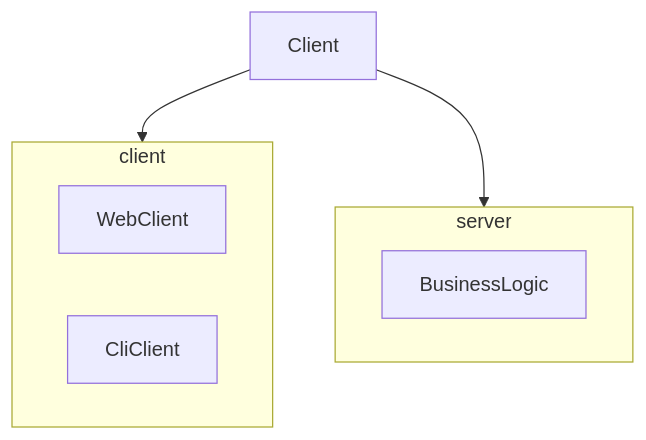
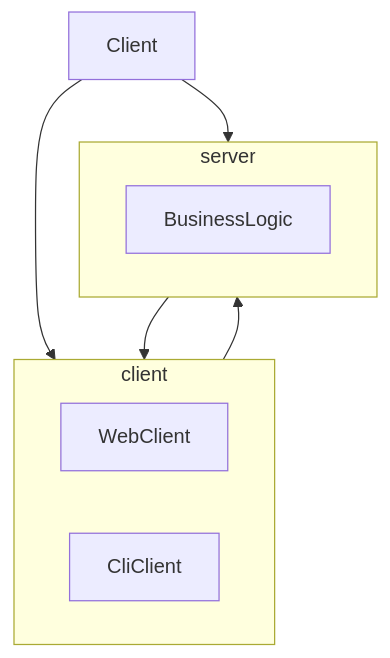
Before and after one commit to jaokim/inside-java-dumpster: the diagram in Client/readme.md, drawn with Mermaid.

````diff
--- a/Client/readme.md
+++ b/Client/readme.md
@@ -6,14 +6,16 @@
 ```mermaid
 flowchart TD
   Client --> client
   Client --> server
+  client --> server
+  server --> client
   subgraph client
     WebClient
     CliClient
   end
   subgraph server
     BusinessLogic 
   end
   click WebClient "https://github.com/jaokim/inside-java-dumpster/tree/main/WebClient"
   click CliClient "https://github.com/jaokim/inside-java-dumpster/tree/main/CliClient"
 ```
````
